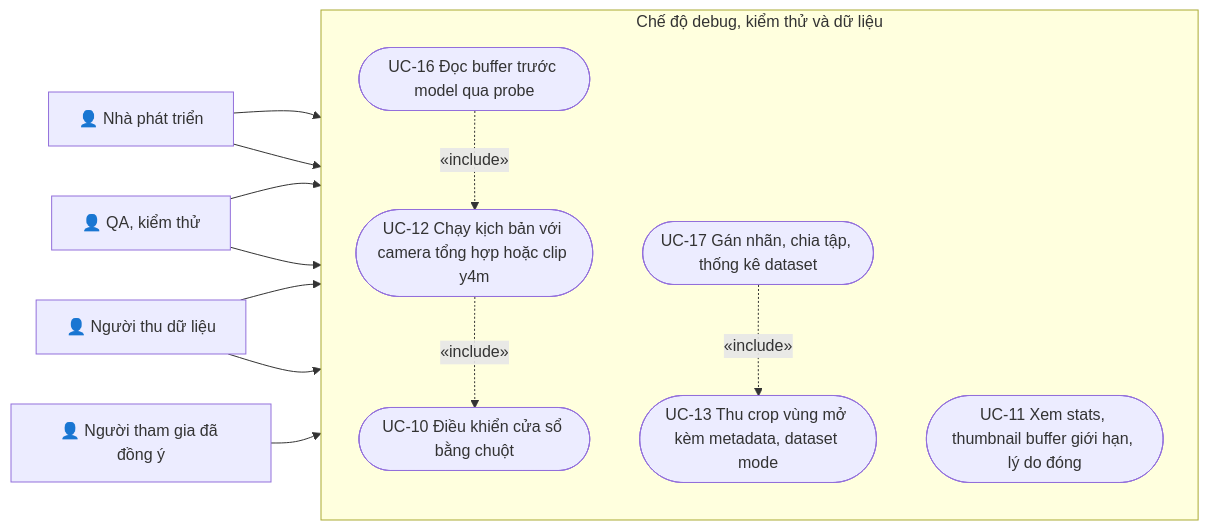
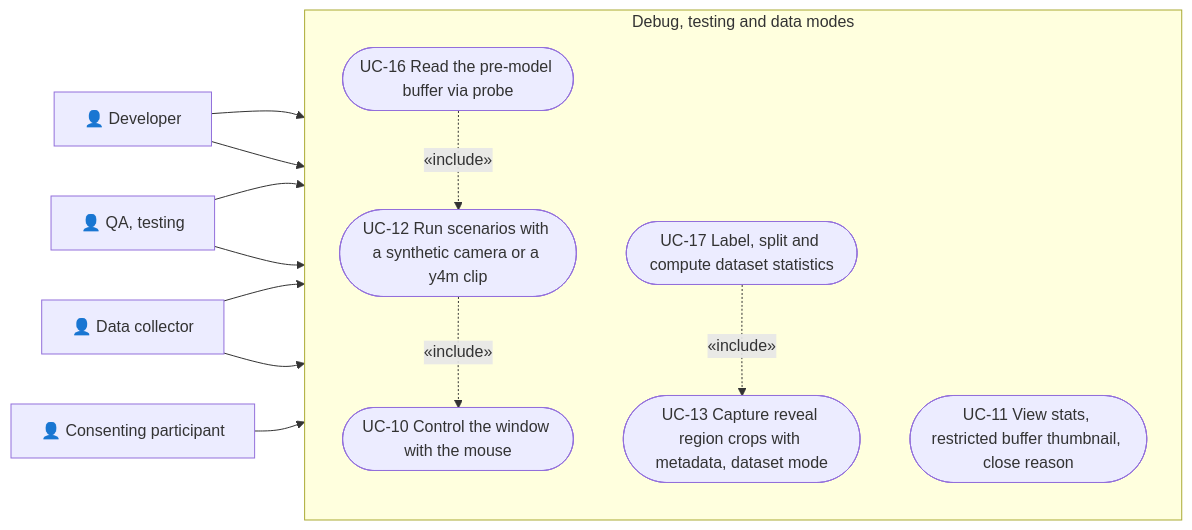
Before and after one commit to Lorah101204/Finger_And_Face_Tracking: the third of 18 diagrams in docs/WORK-BREAKDOWN.md, drawn with Mermaid. The commit also changed other lines of this file and 35 other files, not shown here.

````diff
--- a/docs/WORK-BREAKDOWN.md
+++ b/docs/WORK-BREAKDOWN.md
@@ -376,26 +376,26 @@
 ```mermaid
 flowchart LR
-  DEV["👤 Nhà phát triển"]
-  QA["👤 QA, kiểm thử"]
-  COLL["👤 Người thu dữ liệu"]
-  SUBJ["👤 Người tham gia đã đồng ý"]
-  subgraph DBG["Chế độ debug, kiểm thử và dữ liệu"]
+  DEV["👤 Developer"]
+  QA["👤 QA, testing"]
+  COLL["👤 Data collector"]
+  SUBJ["👤 Consenting participant"]
+  subgraph DBG["Debug, testing and data modes"]
     direction TB
-    UC10(["UC-10 Điều khiển cửa sổ bằng chuột"])
-    UC11(["UC-11 Xem stats, thumbnail buffer giới hạn, lý do đóng"])
-    UC12(["UC-12 Chạy kịch bản với camera tổng hợp hoặc clip y4m"])
-    UC16(["UC-16 Đọc buffer trước model qua probe"])
-    UC13(["UC-13 Thu crop vùng mở kèm metadata, dataset mode"])
-    UC17(["UC-17 Gán nhãn, chia tập, thống kê dataset"])
+    UC10(["UC-10 Control the window with the mouse"])
+    UC11(["UC-11 View stats, restricted buffer thumbnail, close reason"])
+    UC12(["UC-12 Run scenarios with a synthetic camera or a y4m clip"])
+    UC16(["UC-16 Read the pre-model buffer via probe"])
+    UC13(["UC-13 Capture reveal region crops with metadata, dataset mode"])
+    UC17(["UC-17 Label, split and compute dataset statistics"])
   end
   DEV --> UC10
   DEV --> UC11
   QA --> UC12
   QA --> UC16
   COLL --> UC13
   COLL --> UC17
   SUBJ --> UC13
   UC12 -. «include» .-> UC10
   UC16 -. «include» .-> UC12
   UC17 -. «include» .-> UC13
 ```
````
